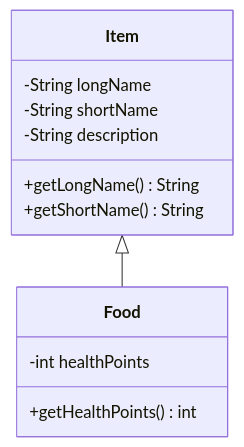
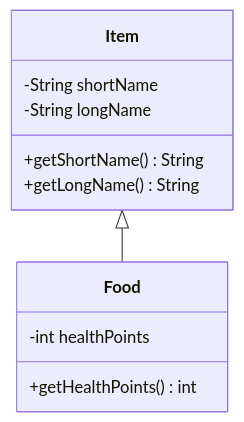
One commit to CheMical/DAT-GBG-DA-E26AB changed the first of 2 diagrams in 40/03_ons_2026-09-30/README.md. Above: the diagram before and after it, drawn with Mermaid. The commit also changed other lines of this file and 50 other files, not shown here.

````diff
--- a/40/03_ons_2026-09-30/README.md
+++ b/40/03_ons_2026-09-30/README.md
@@ -97,15 +95,14 @@
 ```mermaid
 classDiagram
     class Item {
+        -String shortName
         -String longName
-        -String shortName
-        -String description
+        +getShortName() String
         +getLongName() String
-        +getShortName() String
     }
     class Food {
         -int healthPoints
         +getHealthPoints() int
     }
     Item <|-- Food
 ```
````
